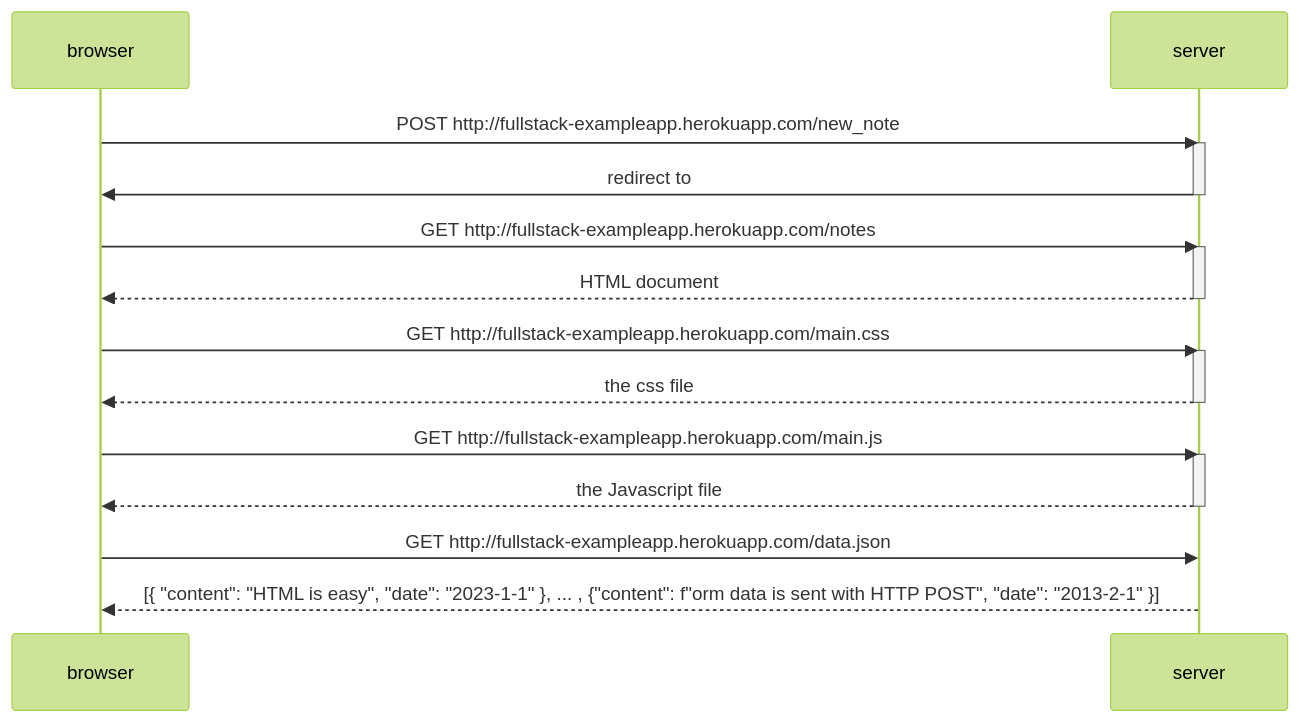
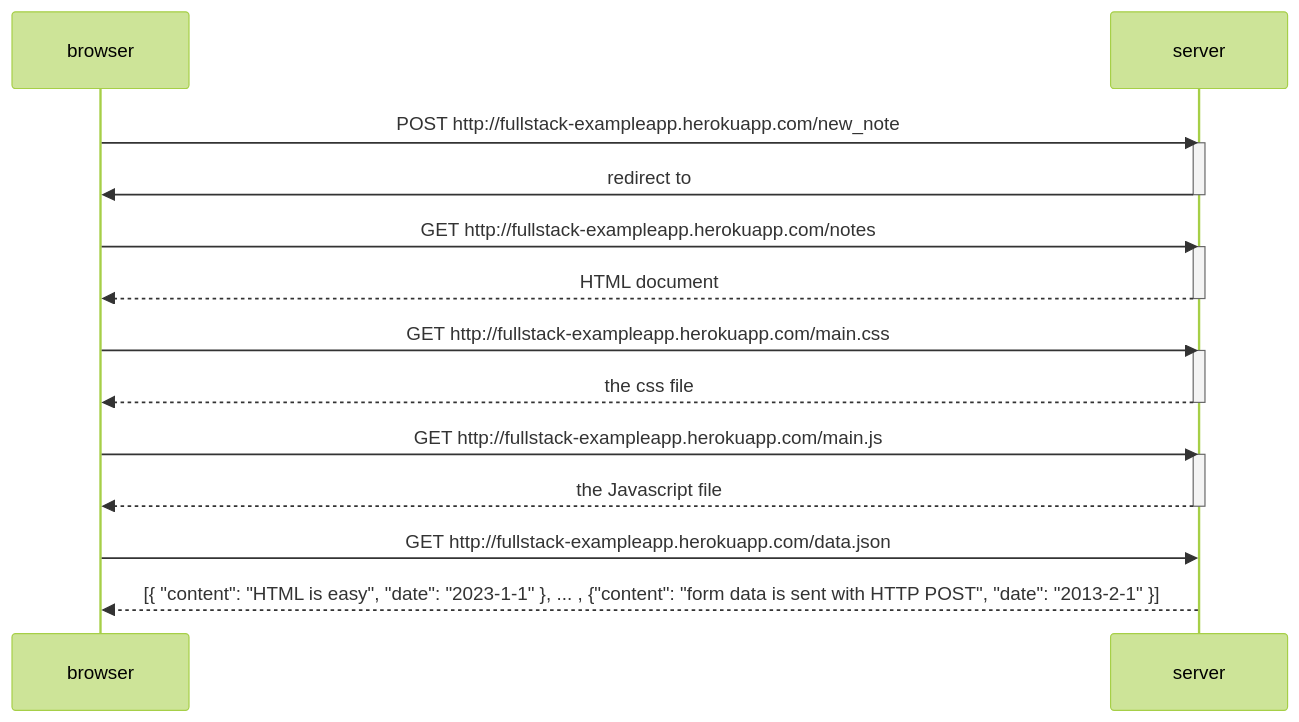
The diagram in part0/0.4newNoteDiagram.md (michelleyyin/fullstackopen), drawn with Mermaid (forest theme) before and after one commit.

````diff
--- a/part0/0.4newNoteDiagram.md
+++ b/part0/0.4newNoteDiagram.md
@@ -1,28 +1,28 @@
 ```mermaid
     sequenceDiagram
         participant browser
         participant server
         
         browser->>server: POST http://fullstack-exampleapp.herokuapp.com/new_note
         activate server
         server->>browser: redirect to 
         deactivate server
         
         browser->>server: GET http://fullstack-exampleapp.herokuapp.com/notes
         activate server
         server-->>browser: HTML document
         deactivate server
         
         browser->>server: GET http://fullstack-exampleapp.herokuapp.com/main.css
         activate server
         server-->>browser: the css file
         deactivate server
         
         browser->>server: GET http://fullstack-exampleapp.herokuapp.com/main.js
         activate server
         server-->>browser: the Javascript file
         deactivate server
         
         browser->>server: GET http://fullstack-exampleapp.herokuapp.com/data.json
-        server-->>browser: [{ "content": "HTML is easy", "date": "2023-1-1" }, ... , {"content": f"orm data is sent with HTTP POST", "date": "2013-2-1" }]
+        server-->>browser: [{ "content": "HTML is easy", "date": "2023-1-1" }, ... , {"content": "form data is sent with HTTP POST", "date": "2013-2-1" }]
 ```
````
